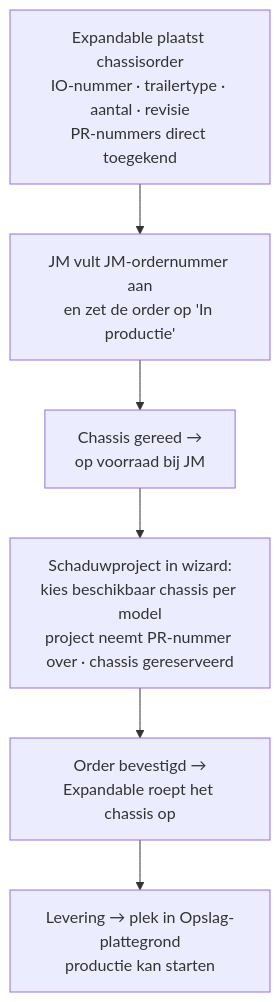
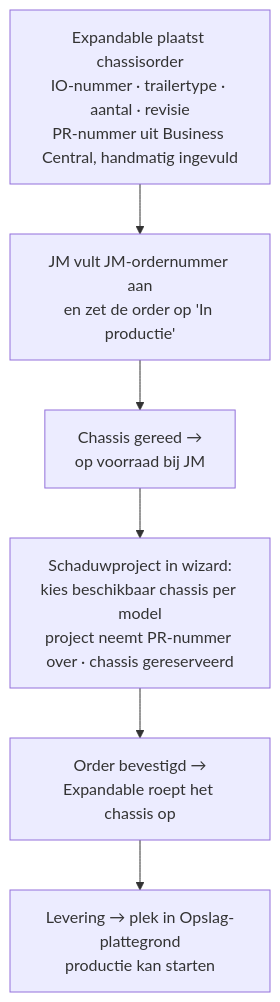
The second of 2 diagrams in JM-CONSTRUCT-PLAN.md (damianeersel/expandable-planner), drawn with Mermaid before and after one commit. The commit also changed other lines of this file and 2 other files, not shown here.

````diff
--- a/JM-CONSTRUCT-PLAN.md
+++ b/JM-CONSTRUCT-PLAN.md
@@ -87,8 +91,8 @@
 ```mermaid
 flowchart TD
-  A["Expandable plaatst chassisorder<br/>IO-nummer · trailertype · aantal · revisie<br/>PR-nummers direct toegekend"] --> B["JM vult JM-ordernummer aan<br/>en zet de order op 'In productie'"]
+  A["Expandable plaatst chassisorder<br/>IO-nummer · trailertype · aantal · revisie<br/>PR-nummer uit Business Central, handmatig ingevuld"] --> B["JM vult JM-ordernummer aan<br/>en zet de order op 'In productie'"]
   B --> C["Chassis gereed →<br/>op voorraad bij JM"]
   C --> D["Schaduwproject in wizard:<br/>kies beschikbaar chassis per model<br/>project neemt PR-nummer over · chassis gereserveerd"]
   D --> E["Order bevestigd →<br/>Expandable roept het chassis op"]
   E --> F["Levering → plek in Opslag-plattegrond<br/>productie kan starten"]
 ```
````
